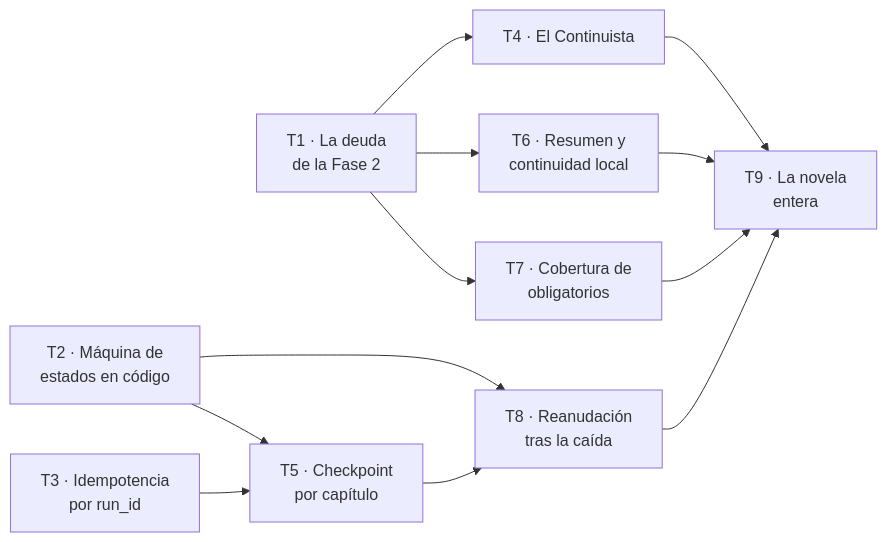
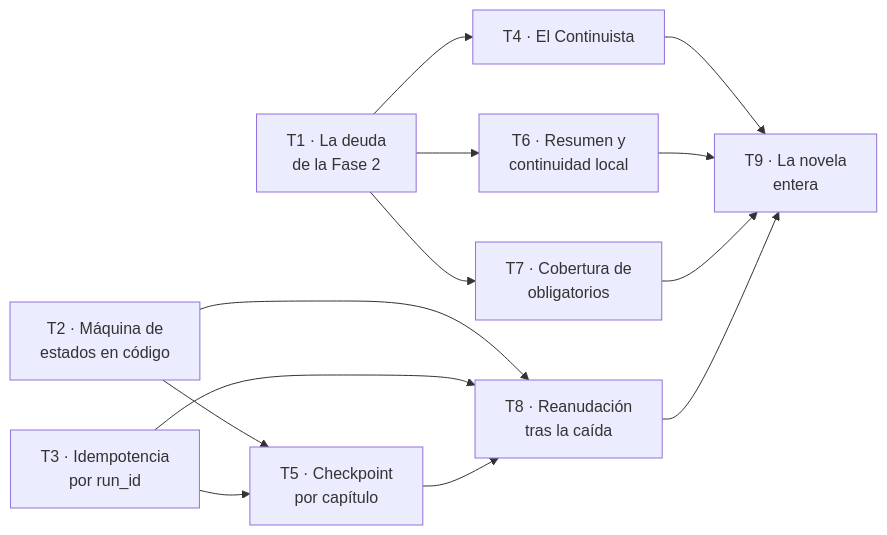
The diagram in specs/001-backend-v1/plan-3-novela.md (maujimenez4/ciberpunk-storymaker), drawn with Mermaid before and after one commit. The commit also changed other lines of this file and 4 other files, not shown here.

````diff
--- a/specs/001-backend-v1/plan-3-novela.md
+++ b/specs/001-backend-v1/plan-3-novela.md
@@ -56,24 +56,25 @@
 ```mermaid
 flowchart LR
   T1["T1 · La deuda<br/>de la Fase 2"]
   T2["T2 · Máquina de<br/>estados en código"]
   T3["T3 · Idempotencia<br/>por run_id"]
   T4["T4 · El Continuista"]
   T5["T5 · Checkpoint<br/>por capítulo"]
   T6["T6 · Resumen y<br/>continuidad local"]
   T7["T7 · Cobertura de<br/>obligatorios"]
   T8["T8 · Reanudación<br/>tras la caída"]
   T9["T9 · La novela<br/>entera"]
 
   T1 --> T4
   T1 --> T6
   T1 --> T7
   T2 --> T5
   T3 --> T5
   T2 --> T8
+  T3 --> T8
   T5 --> T8
   T4 --> T9
   T6 --> T9
   T7 --> T9
   T8 --> T9
 ```
````
